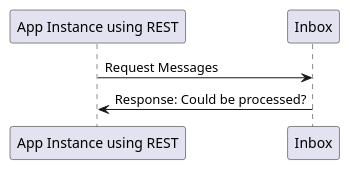
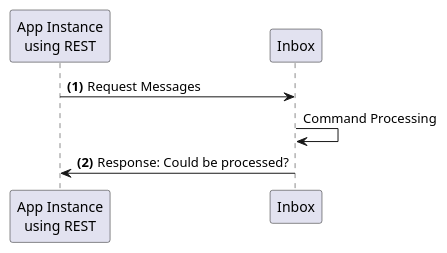
One commit to DKE-Data/agrirouter-interface-documentation changed the first of 3 diagrams in modules/ROOT/pages/communication.adoc. Above: the diagram before and after it, drawn with PlantUML. The commit also changed other lines of this file and 2 other files, not shown here.

Commit message:
more graphics

```diff
--- a/modules/ROOT/pages/communication.adoc
+++ b/modules/ROOT/pages/communication.adoc
@@ -82,8 +82,13 @@
 [plantuml,http_inbox,svg]
 ----
-participant "App Instance using REST" as app
+autonumber "<b>(0)</b>"
+
+participant "App Instance\nusing REST" as app
 participant "Inbox" as inbox
 
 app -> inbox : Request Messages
+autonumber stop
+inbox -> inbox: Command Processing
+autonumber resume
 inbox -> app : Response: Could be processed?
 ----
```
